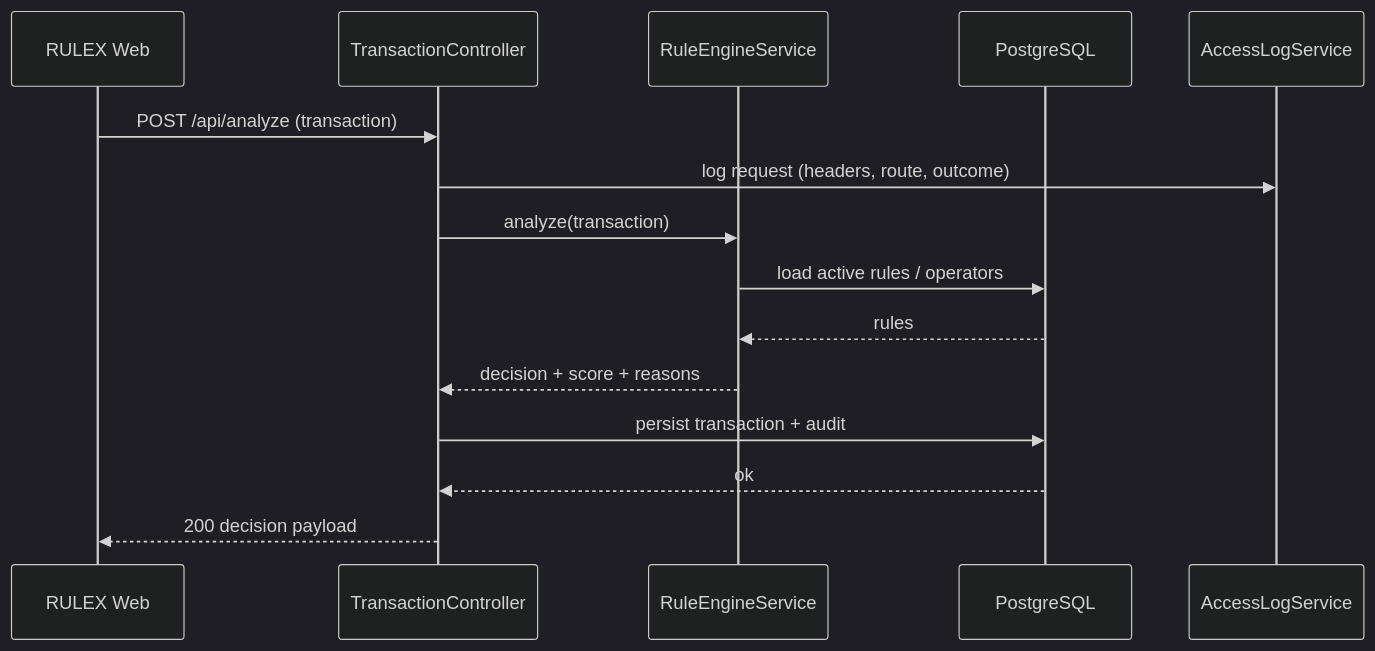
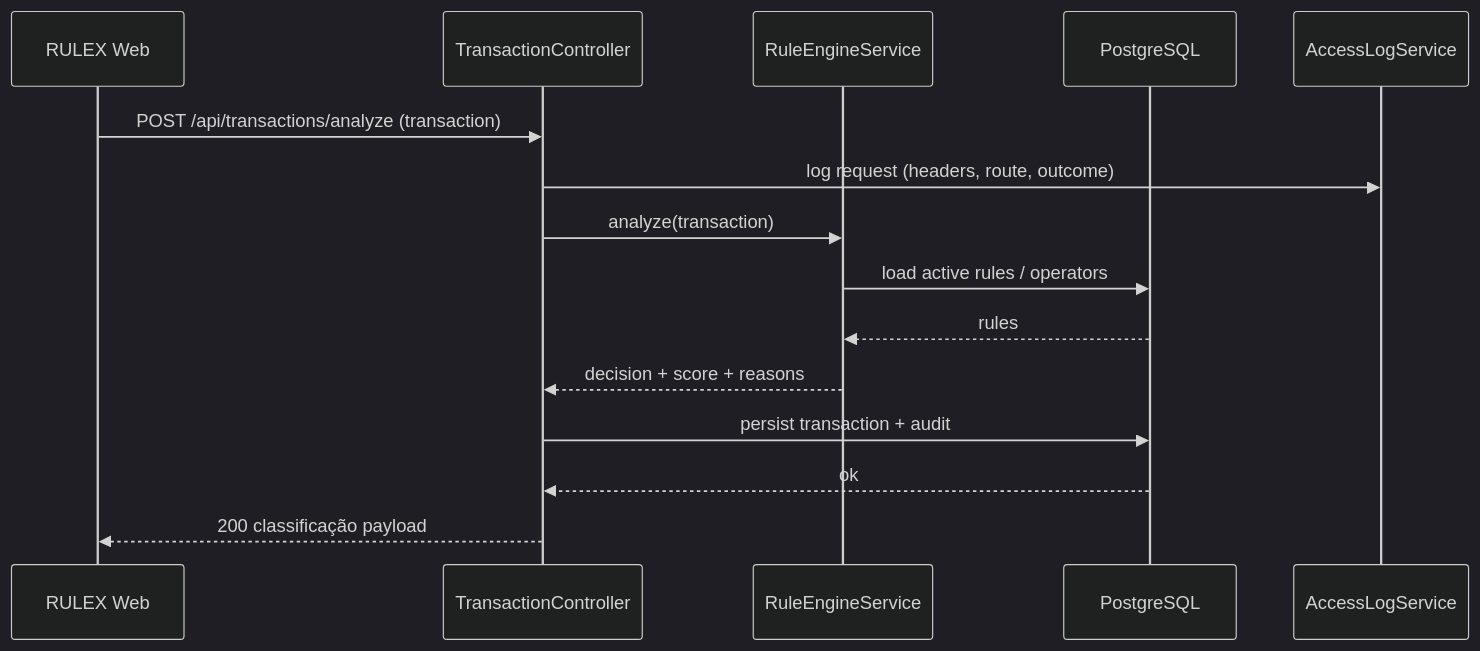
One commit to FELIPEACASTRO/RULEX changed diagram 21 of 44 in docs/DIAGRAMAS.md. Above: the diagram before and after it, drawn with Mermaid (dark theme). The commit also changed other lines of this file and 7 other files, not shown here.

Commit message:
docs(diagramas): normalize /api endpoints and de-hallucinate flows

````diff
--- a/docs/DIAGRAMAS.md
+++ b/docs/DIAGRAMAS.md
@@ -2394,17 +2460,17 @@
 ```mermaid
 sequenceDiagram
   participant FE as RULEX Web
   participant API as TransactionController
   participant ENG as RuleEngineService
   participant DB as PostgreSQL
   participant AUD as AccessLogService
-  FE->>API: POST /api/analyze (transaction)
+  FE->>API: POST /api/transactions/analyze (transaction)
   API->>AUD: log request (headers, route, outcome)
   API->>ENG: analyze(transaction)
   ENG->>DB: load active rules / operators
   DB-->>ENG: rules
   ENG-->>API: decision + score + reasons
   API->>DB: persist transaction + audit
   DB-->>API: ok
-  API-->>FE: 200 decision payload
+  API-->>FE: 200 classificação payload
 ```
````
